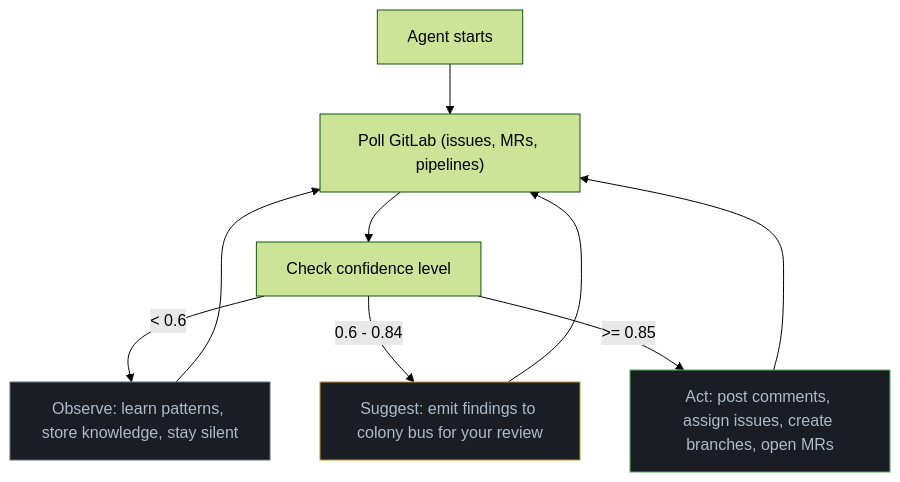
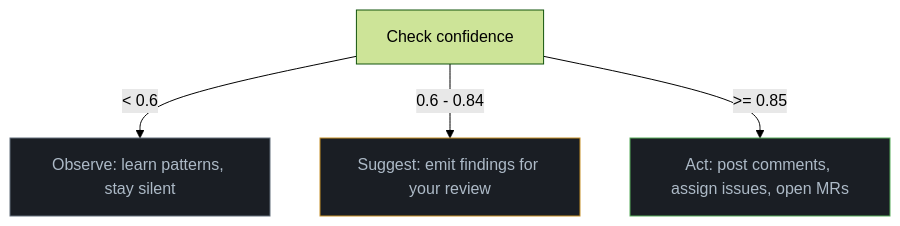
Before and after one commit to Replikanti/agentis-colonies: the third of 3 diagrams in dev-apprenticeship/README.md, drawn with Mermaid (forest theme). The commit also changed other lines of this file and 6 other files, not shown here.

````diff
--- a/dev-apprenticeship/README.md
+++ b/dev-apprenticeship/README.md
@@ -104,22 +89,15 @@
 ```mermaid
 graph TD
-    START["Agent starts"]
-    POLL["Poll GitLab (issues, MRs, pipelines)"]
-    CHECK["Check confidence level"]
-    OBS["Observe: learn patterns, store knowledge, stay silent"]
-    SUG["Suggest: emit findings to colony bus for your review"]
-    ACT["Act: post comments, assign issues, create branches, open MRs"]
+    CHECK["Check confidence"]
+    OBS["Observe: learn patterns, stay silent"]
+    SUG["Suggest: emit findings for your review"]
+    ACT["Act: post comments, assign issues, open MRs"]
 
-    START --> POLL
-    POLL --> CHECK
     CHECK -- "< 0.6" --> OBS
     CHECK -- "0.6 - 0.84" --> SUG
     CHECK -- ">= 0.85" --> ACT
-    OBS --> POLL
-    SUG --> POLL
-    ACT --> POLL
 
     style OBS fill:#1a1e24,stroke:#636e7b,color:#adbac7
     style SUG fill:#1a1e24,stroke:#c69026,color:#adbac7
     style ACT fill:#1a1e24,stroke:#57ab5a,color:#adbac7
 ```
````
